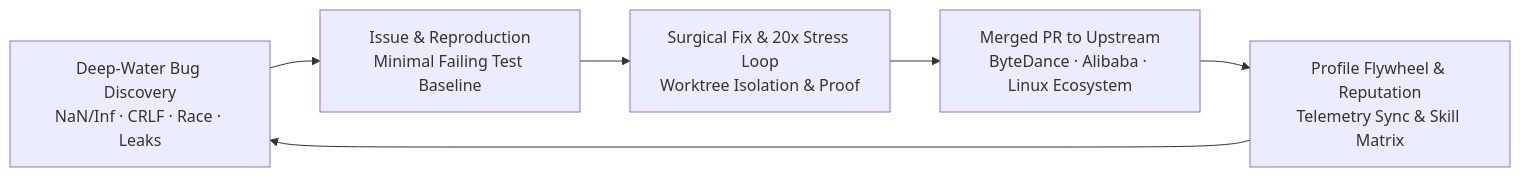
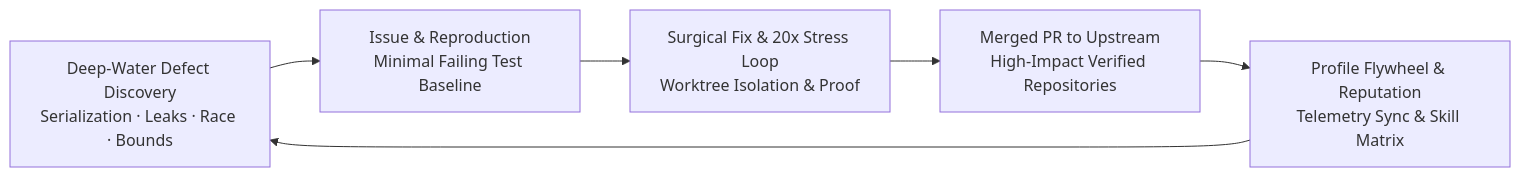
The diagram in README.md (MeiSiristhebest/opencontrib), drawn with Mermaid before and after one commit. The commit also changed other lines of this file and 1 other file, not shown here.

````diff
--- a/README.md
+++ b/README.md
@@ -156,8 +156,8 @@
 ```mermaid
 flowchart LR
-    A[Deep-Water Bug Discovery<br>NaN/Inf · CRLF · Race · Leaks] --> B[Issue & Reproduction<br>Minimal Failing Test Baseline]
+    A[Deep-Water Defect Discovery<br>Serialization · Leaks · Race · Bounds] --> B[Issue & Reproduction<br>Minimal Failing Test Baseline]
     B --> C[Surgical Fix & 20x Stress Loop<br>Worktree Isolation & Proof]
-    C --> D[Merged PR to Upstream<br>ByteDance · Alibaba · Linux Ecosystem]
+    C --> D[Merged PR to Upstream<br>High-Impact Verified Repositories]
     D --> E[Profile Flywheel & Reputation<br>Telemetry Sync & Skill Matrix]
     E --> A
 ```
````
